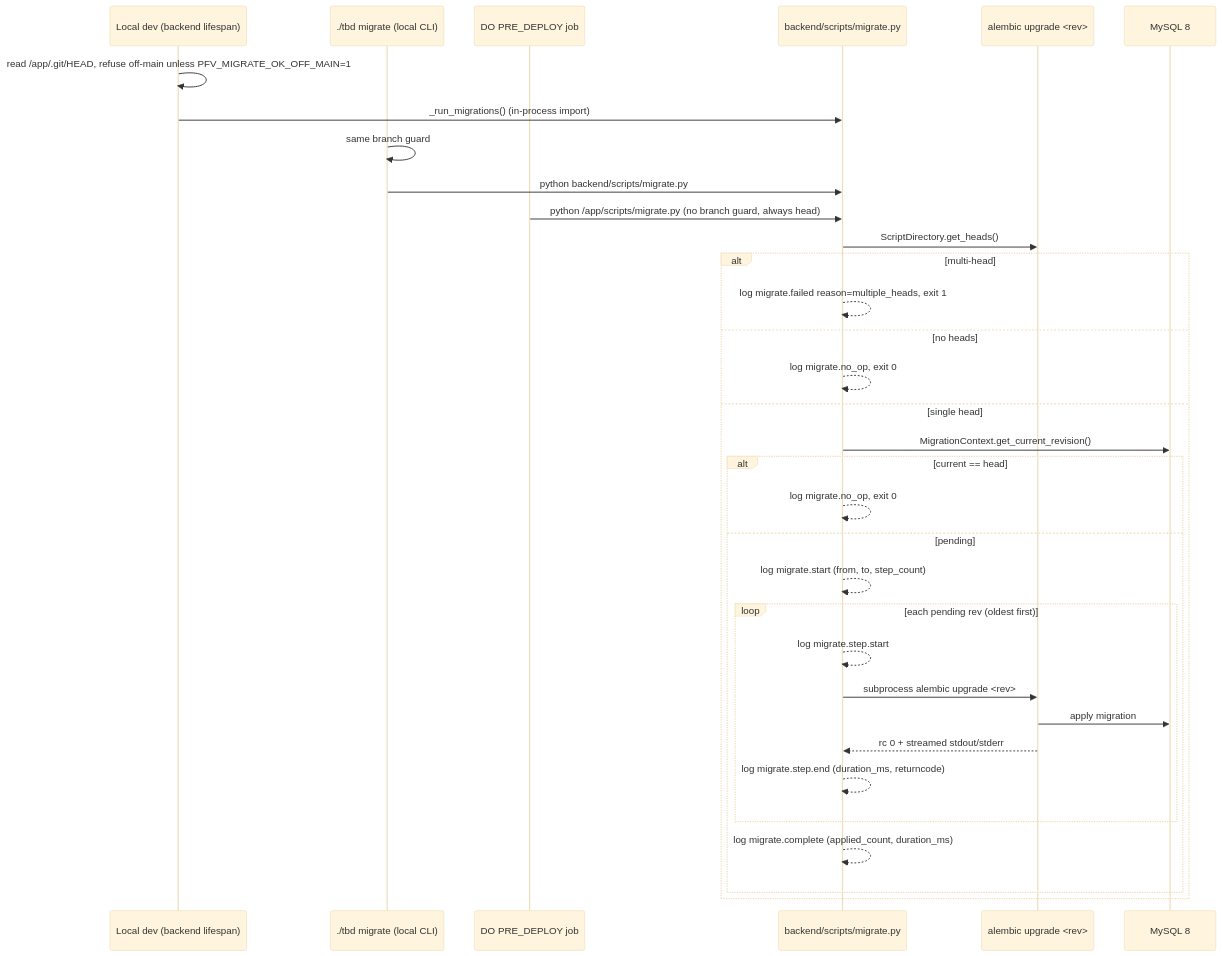
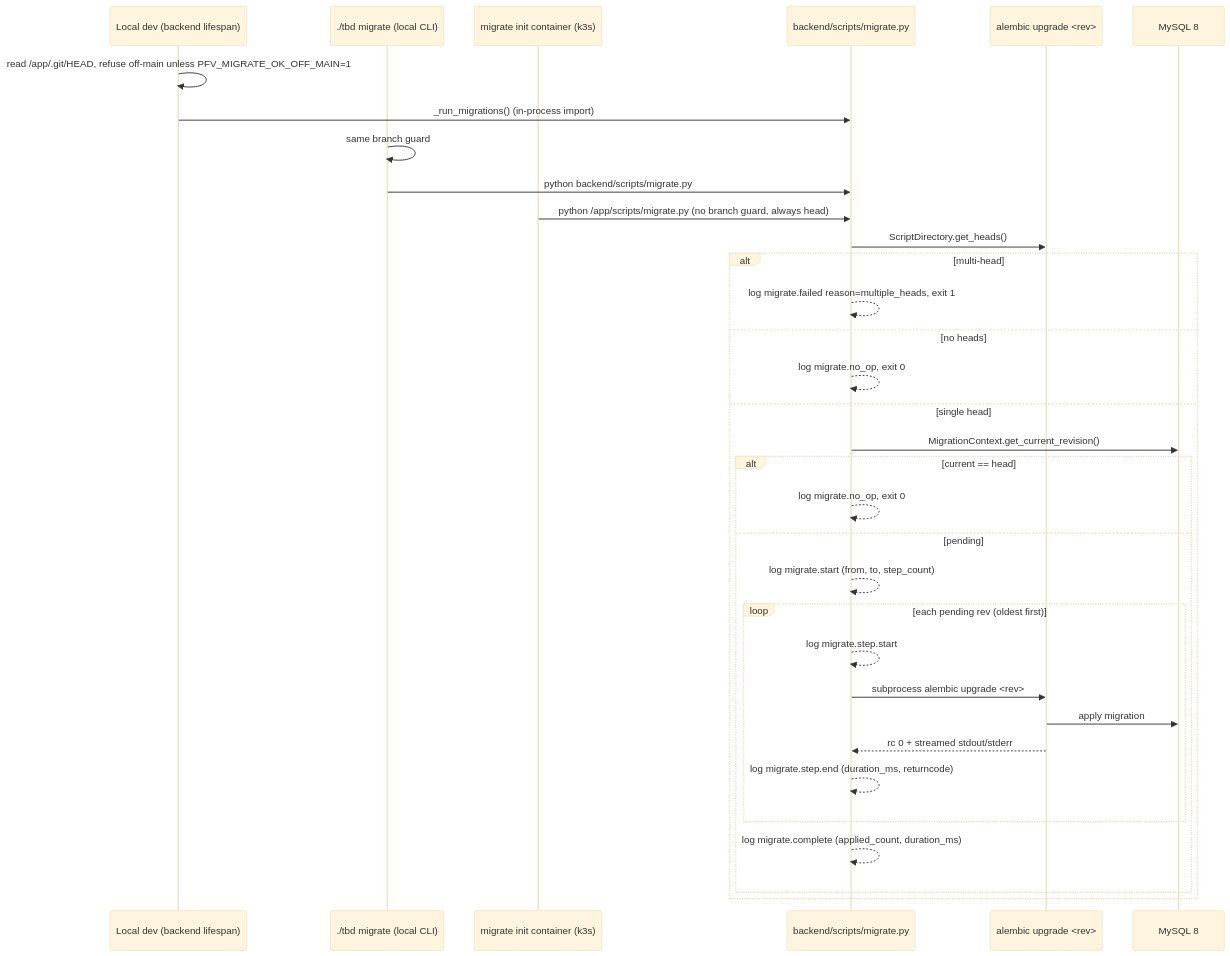
The fourth of 5 diagrams in docs/operations/DEPLOYMENT.md (fjcloudaiconsulting/tbd), drawn with Mermaid (base theme) before and after one commit. The commit also changed other lines of this file and 105 other files, not shown here.

````diff
--- a/docs/operations/DEPLOYMENT.md
+++ b/docs/operations/DEPLOYMENT.md
@@ -481,36 +258,36 @@
 ```mermaid
 sequenceDiagram
   participant Dev as Local dev (backend lifespan)
   participant CLI as ./tbd migrate (local CLI)
-  participant DO as DO PRE_DEPLOY job
+  participant K8S as migrate init container (k3s)
   participant Wrap as backend/scripts/migrate.py
   participant Alembic as alembic upgrade <rev>
   participant DB as MySQL 8
 
   Dev->>Dev: read /app/.git/HEAD, refuse off-main unless PFV_MIGRATE_OK_OFF_MAIN=1
   Dev->>Wrap: _run_migrations() (in-process import)
   CLI->>CLI: same branch guard
   CLI->>Wrap: python backend/scripts/migrate.py
-  DO->>Wrap: python /app/scripts/migrate.py (no branch guard, always head)
+  K8S->>Wrap: python /app/scripts/migrate.py (no branch guard, always head)
   Wrap->>Alembic: ScriptDirectory.get_heads()
   alt multi-head
     Wrap-->>Wrap: log migrate.failed reason=multiple_heads, exit 1
   else no heads
     Wrap-->>Wrap: log migrate.no_op, exit 0
   else single head
     Wrap->>DB: MigrationContext.get_current_revision()
     alt current == head
       Wrap-->>Wrap: log migrate.no_op, exit 0
     else pending
       Wrap-->>Wrap: log migrate.start (from, to, step_count)
       loop each pending rev (oldest first)
         Wrap-->>Wrap: log migrate.step.start
         Wrap->>Alembic: subprocess alembic upgrade <rev>
         Alembic->>DB: apply migration
         Alembic-->>Wrap: rc 0 + streamed stdout/stderr
         Wrap-->>Wrap: log migrate.step.end (duration_ms, returncode)
       end
       Wrap-->>Wrap: log migrate.complete (applied_count, duration_ms)
     end
   end
 ```
````
